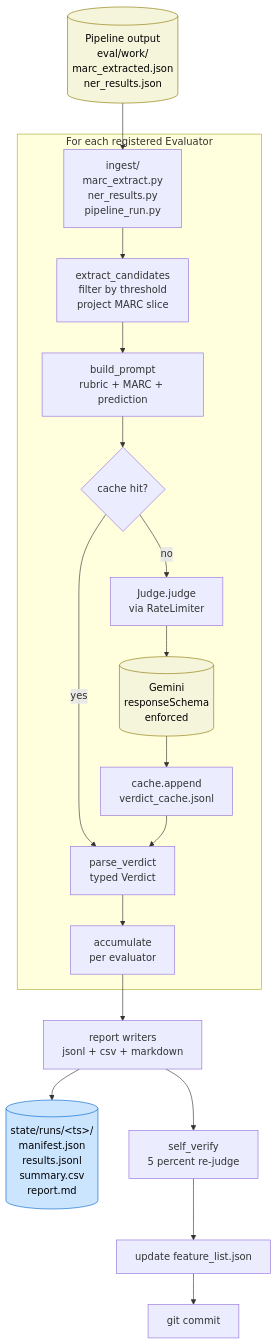
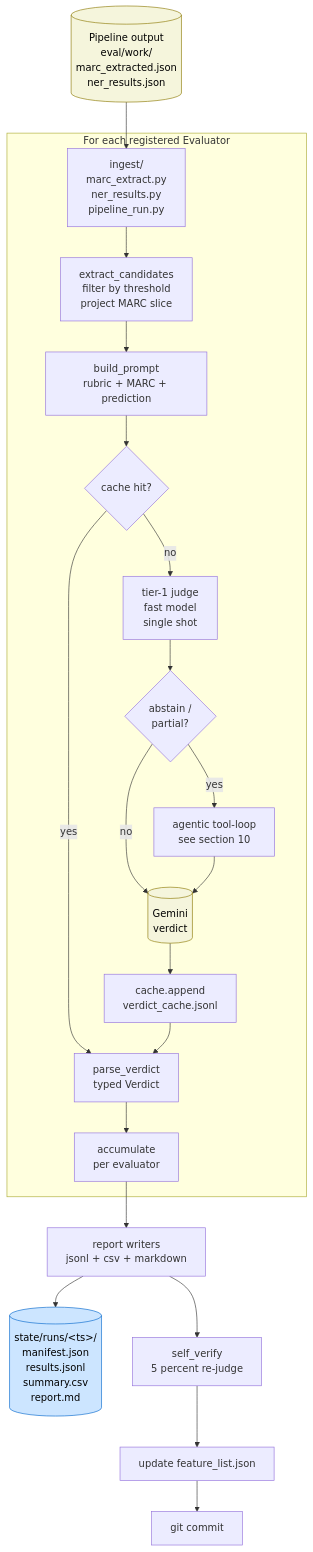
The third of 11 diagrams in docs/SYSTEM_DESIGN.md (alexandergolbergwix/eval-agent), drawn with Mermaid before and after one commit. The commit also changed other lines of this file and 1 other file, not shown here.

First line of the commit message:
feat(agentic): emit live tool/escalation steps + document the tool-loop

````diff
--- a/docs/SYSTEM_DESIGN.md
+++ b/docs/SYSTEM_DESIGN.md
@@ -106,27 +106,30 @@
 ```mermaid
 flowchart TB
     pl[(Pipeline output<br/>eval/work/<br/>marc_extracted.json<br/>ner_results.json)]:::ext
 
     pl --> ingest[ingest/<br/>marc_extract.py<br/>ner_results.py<br/>pipeline_run.py]
 
     subgraph eval_loop[" For each registered Evaluator "]
         ingest --> extract[extract_candidates<br/>filter by threshold<br/>project MARC slice]
         extract --> prompt[build_prompt<br/>rubric + MARC + prediction]
         prompt --> cache_check{cache hit?}
         cache_check -->|yes| parsed
-        cache_check -->|no| judge[Judge.judge<br/>via RateLimiter]
-        judge --> structured[(Gemini<br/>responseSchema<br/>enforced)]:::ext
+        cache_check -->|no| tier1[tier-1 judge<br/>fast model<br/>single shot]
+        tier1 --> gate{abstain /<br/>partial?}
+        gate -->|no| structured[(Gemini<br/>verdict)]:::ext
+        gate -->|yes| loop[agentic tool-loop<br/>see section 10]
+        loop --> structured
         structured --> cache_write[cache.append<br/>verdict_cache.jsonl]
         cache_write --> parsed[parse_verdict<br/>typed Verdict]
         parsed --> agg[accumulate<br/>per evaluator]
     end
 
     agg --> writers[report writers<br/>jsonl + csv + markdown]
     writers --> run_dir[(state/runs/&lt;ts&gt;/<br/>manifest.json<br/>results.jsonl<br/>summary.csv<br/>report.md)]:::int
     writers --> sv[self_verify<br/>5 percent re-judge]
     sv --> fl[update feature_list.json]
     fl --> commit[git commit]
 
     classDef ext fill:#f5f5dc,stroke:#8b7700,color:#000
     classDef int fill:#cce5ff,stroke:#0066cc,color:#000
 ```
````
